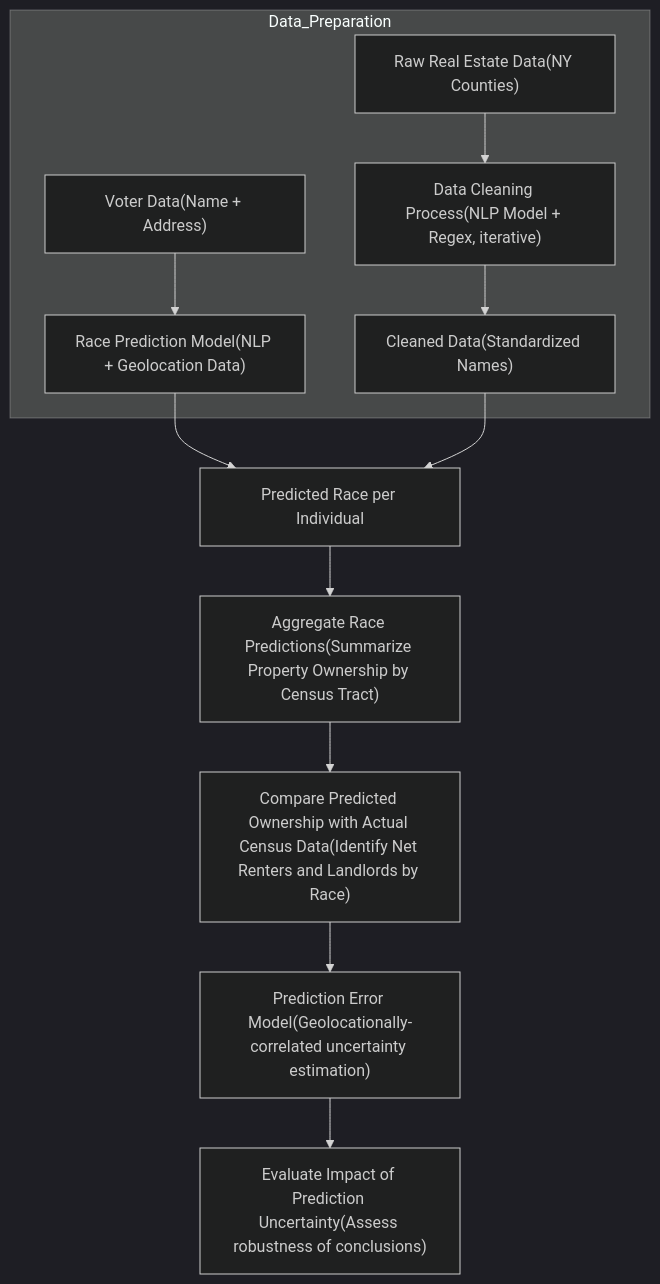
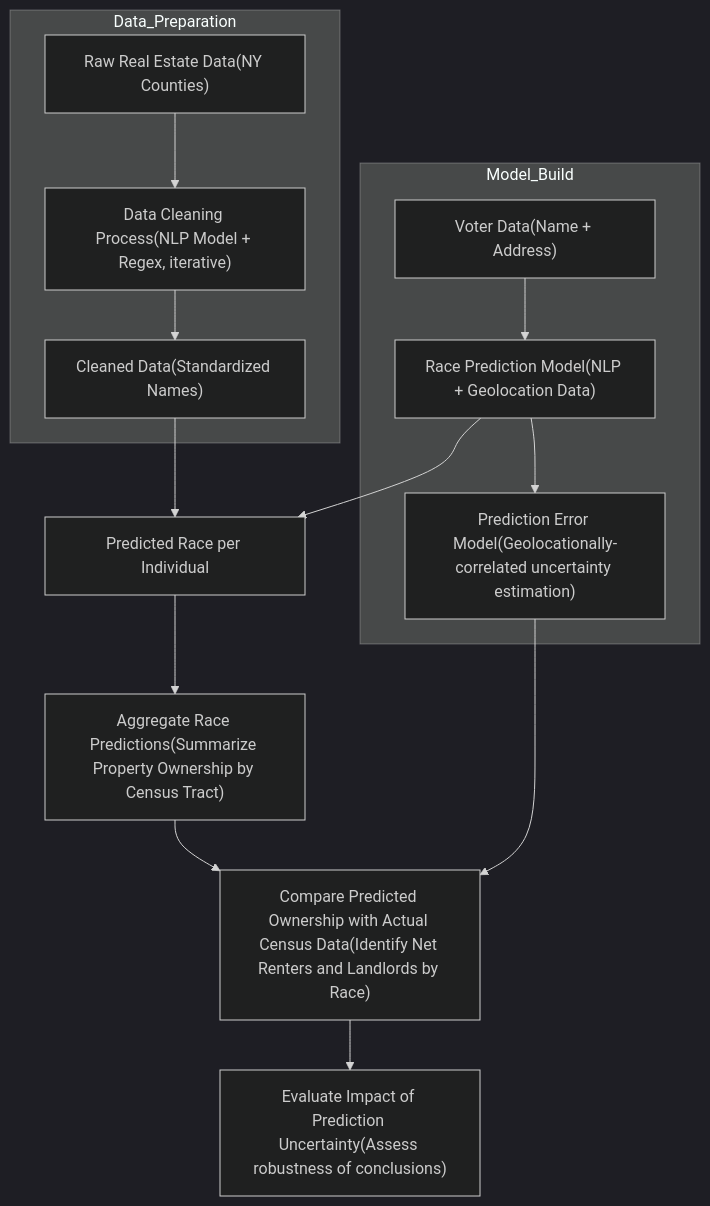
The diagram in diagram.md (tleitch/raceImpute), drawn with Mermaid (dark theme) before and after one commit.

````diff
--- a/diagram.md
+++ b/diagram.md
@@ -1,17 +1,22 @@
 ```mermaid
 graph TD
 
+
+
+subgraph Model_Build
+  A["Voter Data(Name + Address)"] --> B["Race Prediction Model(NLP + Geolocation Data)"]-->C["Prediction Error Model(Geolocationally-correlated uncertainty estimation)"]
+
+end
 subgraph Data_Preparation
-  A["Voter Data(Name + Address)"] --> D["Race Prediction Model(NLP + Geolocation Data)"]
-  B["Raw Real Estate Data(NY Counties)"] --> C["Data Cleaning Process(NLP Model + Regex, iterative)"]
-  C --> E["Cleaned Data(Standardized Names)"]
+  D["Raw Real Estate Data(NY Counties)"] --> E["Data Cleaning Process(NLP Model + Regex, iterative)"]
+  E --> F["Cleaned Data(Standardized Names)"]
 end
 
-D --> F["Predicted Race per Individual"]
-E --> F
+F --> G["Predicted Race per Individual"]
+B --> G
 
-F --> G["Aggregate Race Predictions(Summarize Property Ownership by Census Tract)"]
-G --> H["Compare Predicted Ownership with Actual Census Data(Identify Net Renters and Landlords by Race)"]
-H --> I["Prediction Error Model(Geolocationally-correlated uncertainty estimation)"]
+G --> H["Aggregate Race Predictions(Summarize Property Ownership by Census Tract)"]
+H --> I["Compare Predicted Ownership with Actual Census Data(Identify Net Renters and Landlords by Race)"]
+C--> I
 I --> J["Evaluate Impact of Prediction Uncertainty(Assess robustness of conclusions)"]
 ```
````
